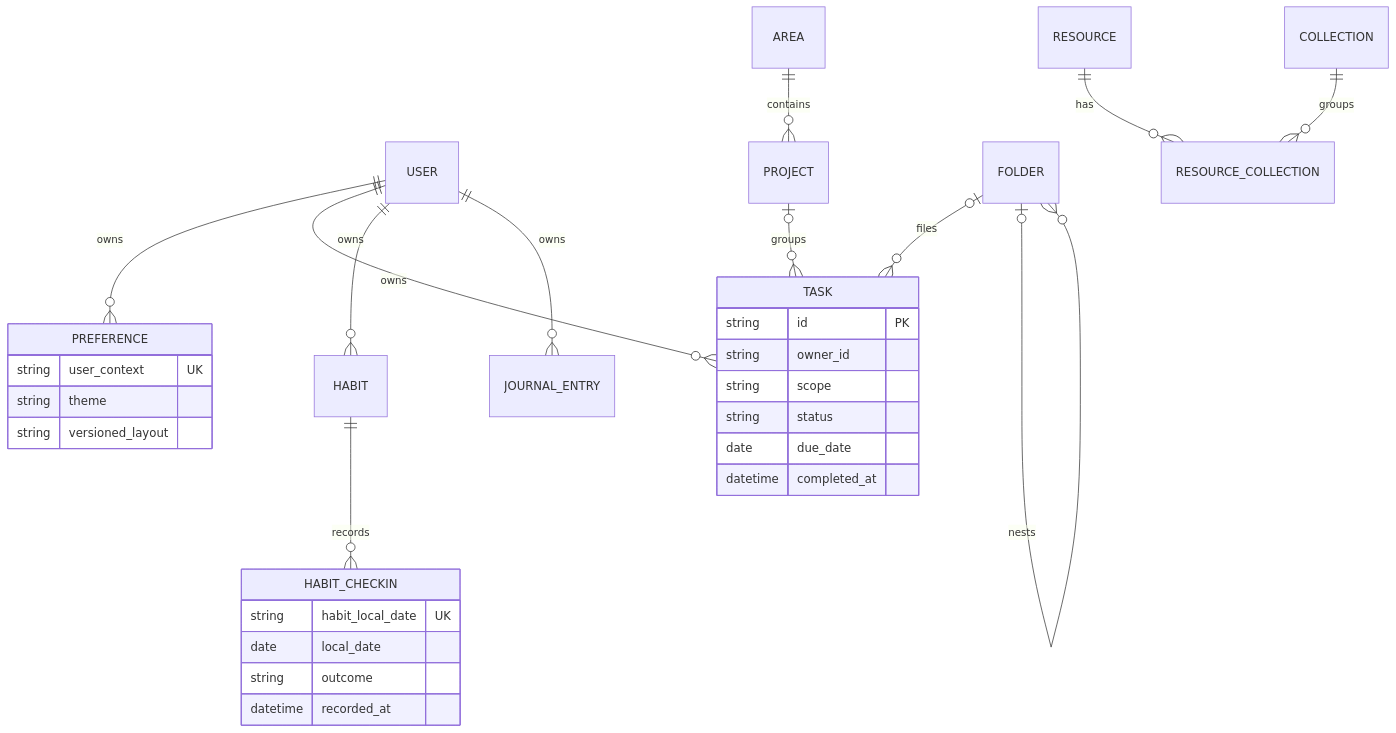
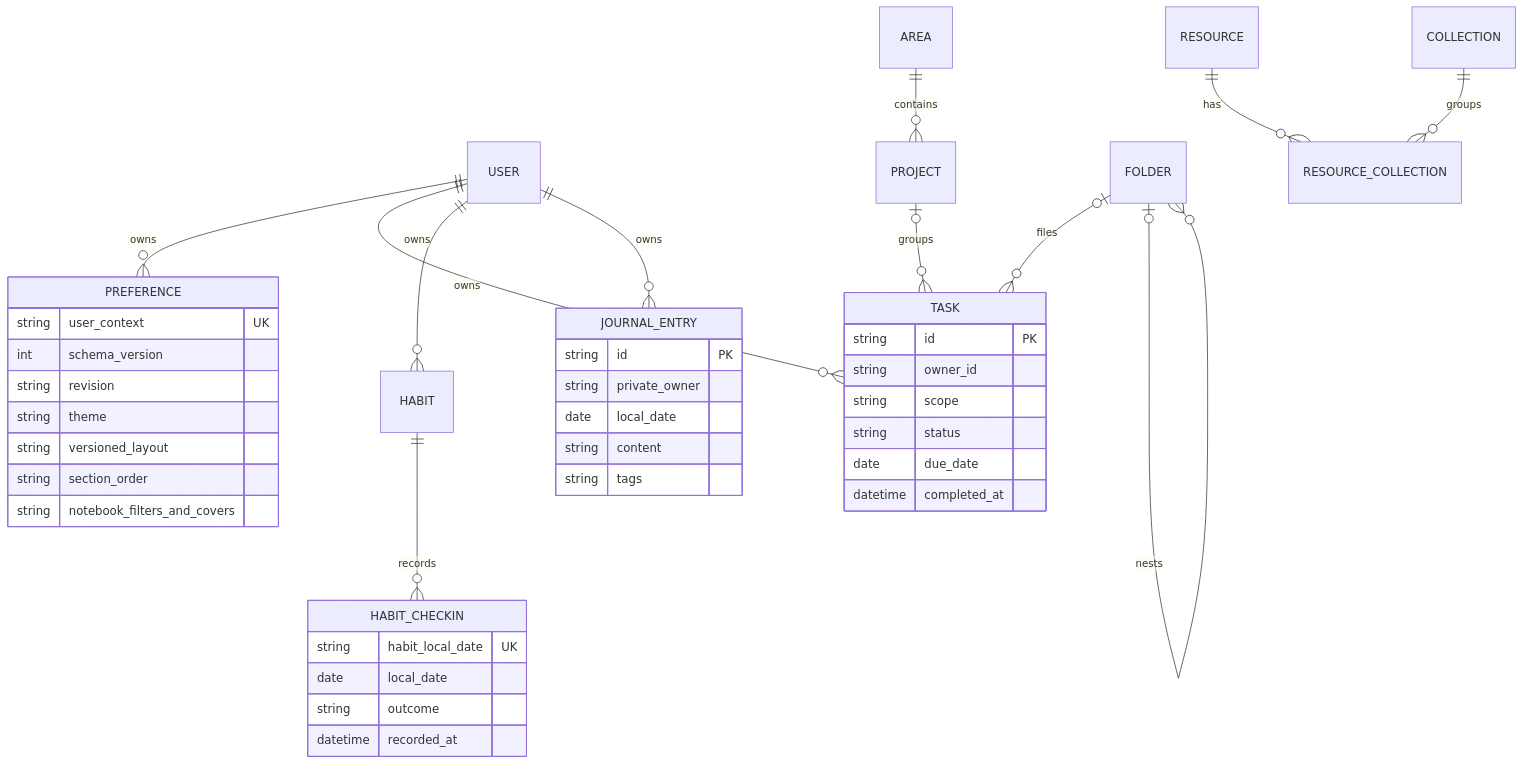
The diagram in diagrams/03-data-model.mmd (asymetryk/trapper-keeper-starter), drawn with Mermaid before and after one commit. The commit also changed 26 other files, not shown here.

Commit message:
Document persistent binder configuration and task and journal flows

```diff
--- a/diagrams/03-data-model.mmd
+++ b/diagrams/03-data-model.mmd
@@ -1,31 +1,42 @@
 erDiagram
   USER ||--o{ PREFERENCE : owns
   USER ||--o{ TASK : owns
   AREA ||--o{ PROJECT : contains
   PROJECT o|--o{ TASK : groups
   FOLDER o|--o{ TASK : files
   FOLDER o|--o{ FOLDER : nests
   RESOURCE ||--o{ RESOURCE_COLLECTION : has
   COLLECTION ||--o{ RESOURCE_COLLECTION : groups
   USER ||--o{ HABIT : owns
   HABIT ||--o{ HABIT_CHECKIN : records
   USER ||--o{ JOURNAL_ENTRY : owns
   TASK {
     string id PK
     string owner_id
     string scope
     string status
     date due_date
     datetime completed_at
   }
   PREFERENCE {
     string user_context UK
+    int schema_version
+    string revision
     string theme
     string versioned_layout
+    string section_order
+    string notebook_filters_and_covers
   }
   HABIT_CHECKIN {
     string habit_local_date UK
     date local_date
     string outcome
     datetime recorded_at
   }
+  JOURNAL_ENTRY {
+    string id PK
+    string private_owner
+    date local_date
+    string content
+    string tags
+  }
```
